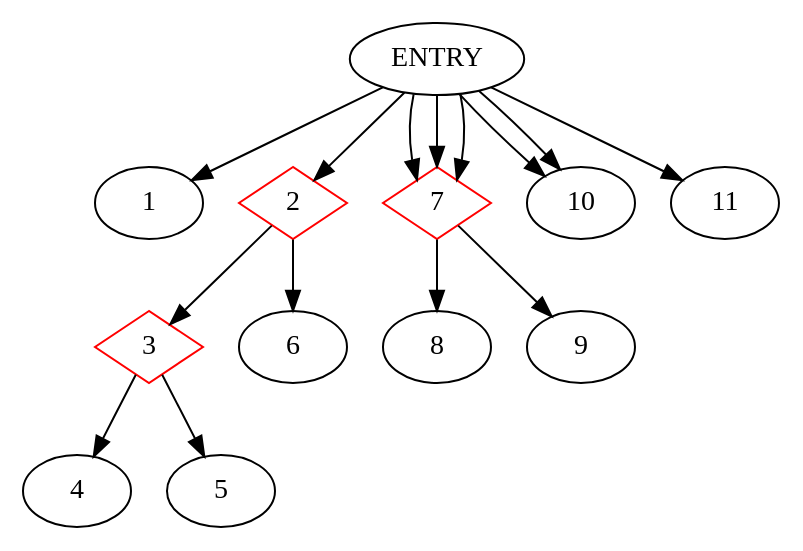
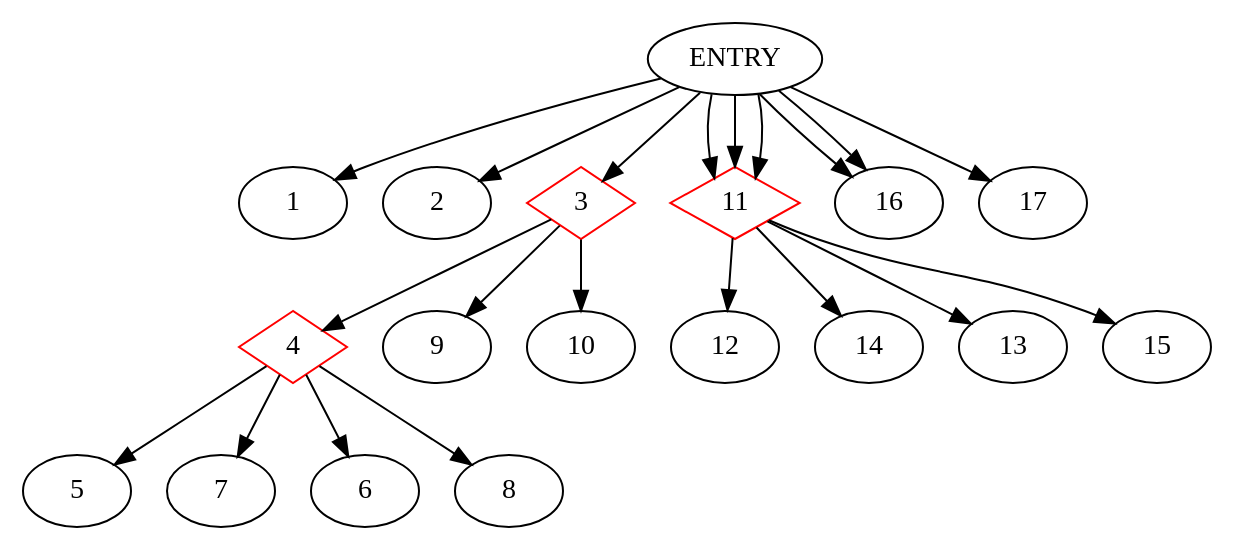
The diagram in Testgen/CDG.dot (akshitij/TestgenRepo), drawn with Graphviz before and after one commit. The commit also changed 16 other files, not shown here.

```diff
--- a/Testgen/CDG.dot
+++ b/Testgen/CDG.dot
@@ -1,21 +1,27 @@
 digraph CDG {
 ENTRY -> 1
-2 [shape=diamond, color=red]
 ENTRY -> 2
 3 [shape=diamond, color=red]
-2-> 3
-2-> 6
+ENTRY -> 3
+4 [shape=diamond, color=red]
 3-> 4
-3-> 5
-7 [shape=diamond, color=red]
-ENTRY -> 7
-7 [shape=diamond, color=red]
-ENTRY -> 7
-7 [shape=diamond, color=red]
-ENTRY -> 7
-7-> 8
-7-> 9
-ENTRY -> 10
-ENTRY -> 10
+3-> 9
+4-> 5
+4-> 7
+4-> 6
+11 [shape=diamond, color=red]
 ENTRY -> 11
+4-> 8
+11 [shape=diamond, color=red]
+ENTRY -> 11
+3-> 10
+11 [shape=diamond, color=red]
+ENTRY -> 11
+11-> 12
+11-> 14
+11-> 13
+ENTRY -> 16
+11-> 15
+ENTRY -> 16
+ENTRY -> 17
 }
```
